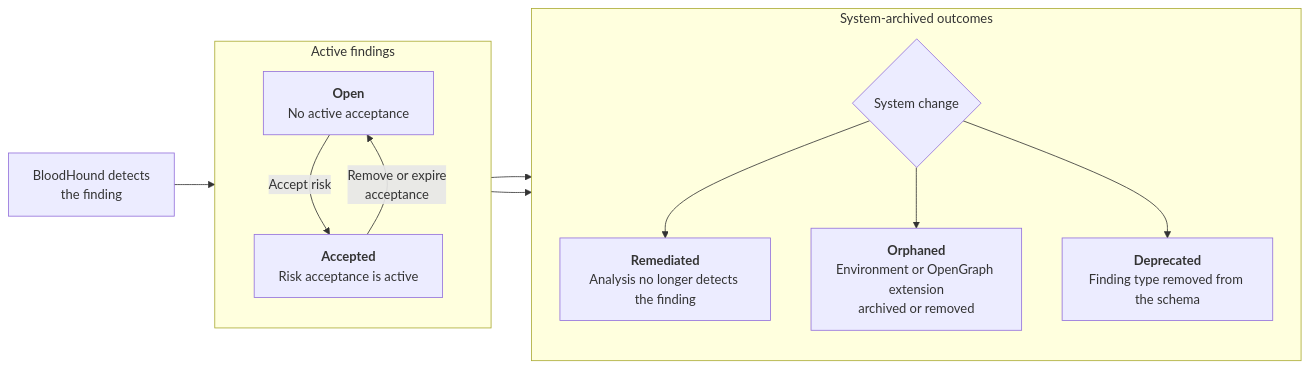
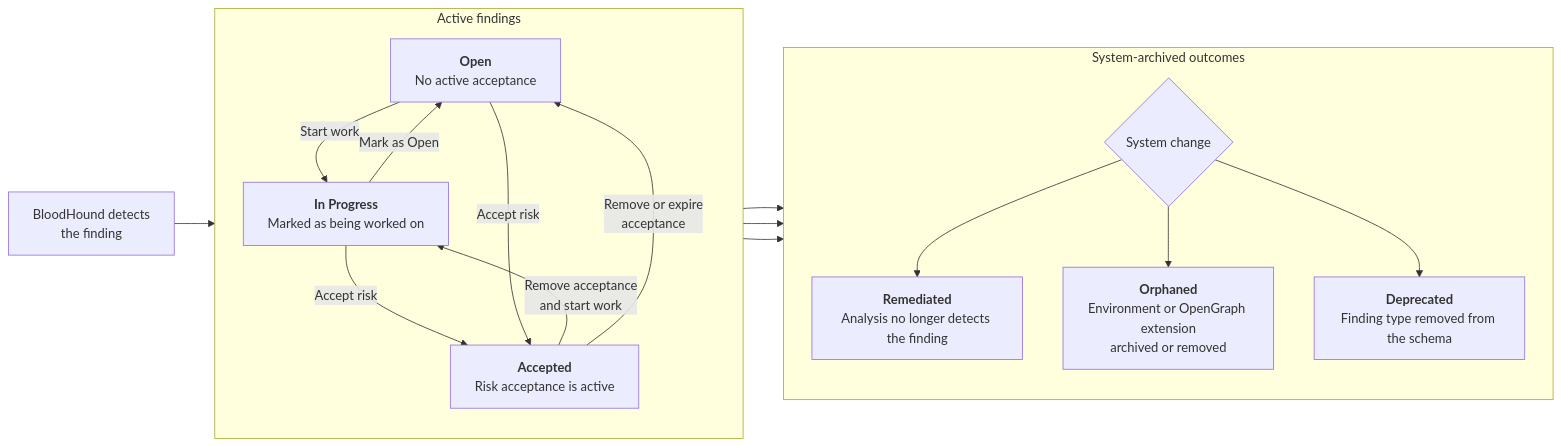
The diagram in docs/analyze-data/findings/table-view.mdx (SpecterOps/bloodhound-docs), drawn with Mermaid before and after one commit. The commit also changed other lines of this file, not shown here.

````diff
--- a/docs/analyze-data/findings/table-view.mdx
+++ b/docs/analyze-data/findings/table-view.mdx
@@ -221,26 +247,32 @@
 ```mermaid
 flowchart LR
     detected["BloodHound detects<br/>the finding"] --> open
 
     subgraph active["Active findings"]
         direction TB
         open["<b>Open</b><br/>No active acceptance"]
+        inProgress["<b>In Progress</b><br/>Marked as being worked on"]
         accepted["<b>Accepted</b><br/>Risk acceptance is active"]
+        open -->|"Start work"| inProgress
+        inProgress -->|"Mark as Open"| open
+        inProgress -->|"Accept risk"| accepted
+        accepted -->|"Remove acceptance<br/>and start work"| inProgress
         open -->|"Accept risk"| accepted
         accepted -->|"Remove or expire<br/>acceptance"| open
     end
 
     open --> systemChange
+    inProgress --> systemChange
     accepted --> systemChange
 
     subgraph archived["System-archived outcomes"]
         direction TB
         systemChange{"System change"}
         remediated["<b>Remediated</b><br/>Analysis no longer detects the finding"]
         orphaned["<b>Orphaned</b><br/>Environment or OpenGraph extension<br/>archived or removed"]
         deprecated["<b>Deprecated</b><br/>Finding type removed from the schema"]
         systemChange --> remediated
         systemChange --> orphaned
         systemChange --> deprecated
     end
 ```
````
